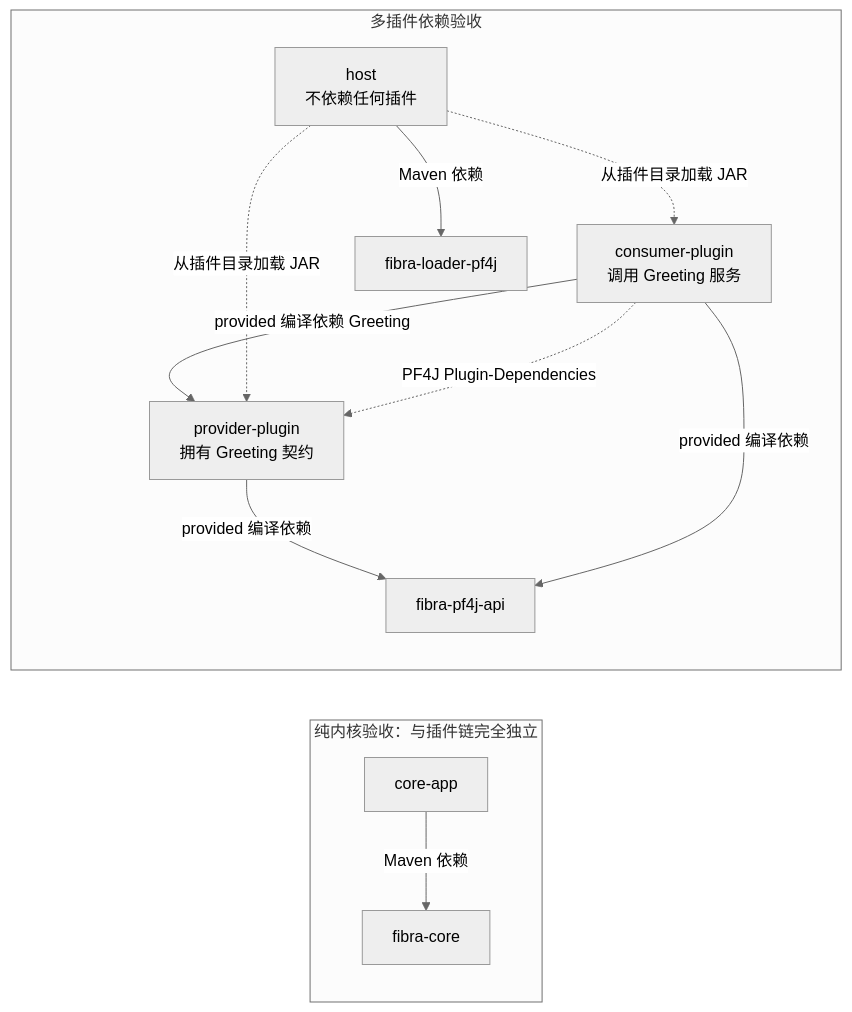
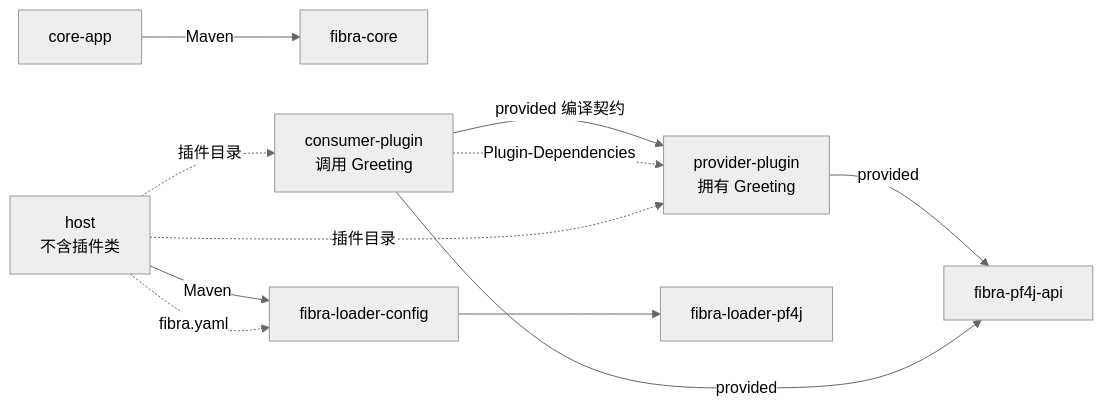
The diagram in docs/superpowers/specs/2026-08-22-fibra-external-multi-plugin-verification-design.md (sunker0115/fibra), drawn with Mermaid (neutral theme) before and after one commit. The commit also changed other lines of this file and 80 other files, not shown here.

````diff
--- a/docs/superpowers/specs/2026-08-22-fibra-external-multi-plugin-verification-design.md
+++ b/docs/superpowers/specs/2026-08-22-fibra-external-multi-plugin-verification-design.md
@@ -15,21 +16,19 @@
 ```mermaid
 flowchart LR
-    subgraph CORE["纯内核验收：与插件链完全独立"]
-        CORE_APP["core-app"] -->|"Maven 依赖"| FIBRA_CORE["fibra-core"]
-    end
+    CORE_APP["core-app"] -->|Maven| CORE["fibra-core"]
 
-    subgraph PLUGINS["多插件依赖验收"]
-        PROVIDER["provider-plugin<br/>拥有 Greeting 契约"]
-        CONSUMER["consumer-plugin<br/>调用 Greeting 服务"]
-        HOST["host<br/>不依赖任何插件"]
+    PROVIDER["provider-plugin<br/>拥有 Greeting"]
+    CONSUMER["consumer-plugin<br/>调用 Greeting"]
+    HOST["host<br/>不含插件类"]
 
-        PROVIDER -->|"provided 编译依赖"| PF4J_API["fibra-pf4j-api"]
-        CONSUMER -->|"provided 编译依赖"| PF4J_API
-        CONSUMER -->|"provided 编译依赖 Greeting"| PROVIDER
-        HOST -->|"Maven 依赖"| LOADER["fibra-loader-pf4j"]
+    PROVIDER -->|provided| PF4J_API["fibra-pf4j-api"]
+    CONSUMER -->|provided| PF4J_API
+    CONSUMER -->|provided 编译契约| PROVIDER
+    CONSUMER -. "Plugin-Dependencies" .-> PROVIDER
 
-        HOST -. "从插件目录加载 JAR" .-> PROVIDER
-        HOST -. "从插件目录加载 JAR" .-> CONSUMER
-        CONSUMER -. "PF4J Plugin-Dependencies" .-> PROVIDER
-    end
+    HOST -->|Maven| CONFIG["fibra-loader-config"]
+    CONFIG --> PF4J_LOADER["fibra-loader-pf4j"]
+    HOST -. "插件目录" .-> PROVIDER
+    HOST -. "插件目录" .-> CONSUMER
+    HOST -. "fibra.yaml" .-> CONFIG
 ```
````
